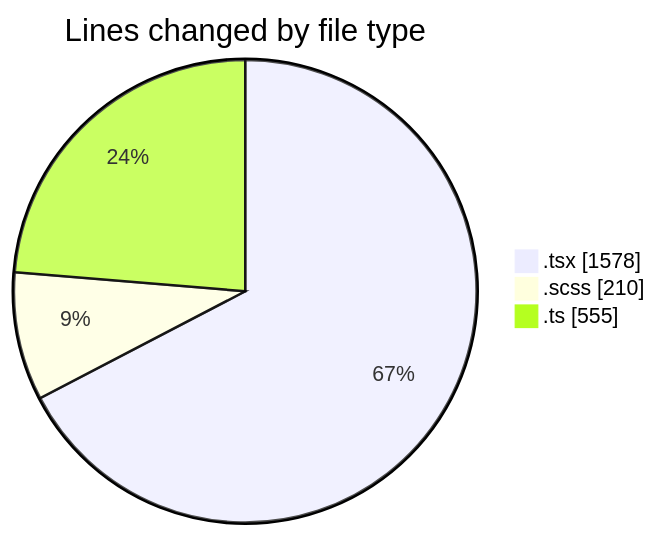
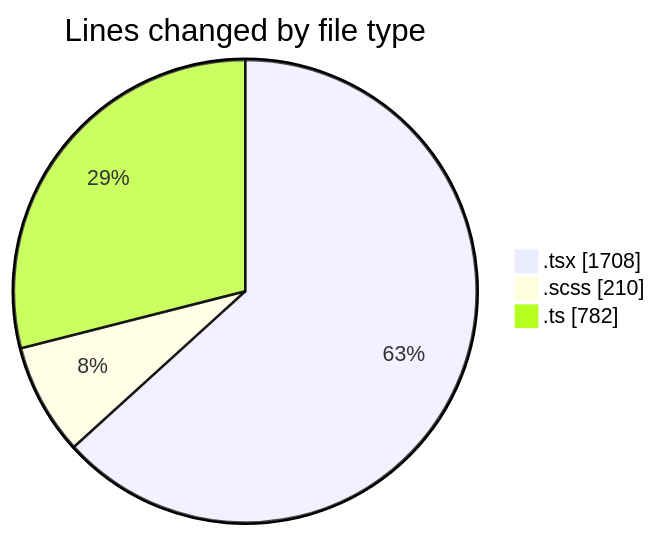
One commit to momahboobian/code-tracking changed the first of 2 diagrams in 2026-05-11/cda/README.md. Above: the diagram before and after it, drawn with Mermaid. The commit also changed other lines of this file and 1 other file, not shown here.

````diff
--- a/2026-05-11/cda/README.md
+++ b/2026-05-11/cda/README.md
@@ -33,7 +36,7 @@
 ```mermaid
 pie showData
 title Lines changed by file type
-".tsx" : 1578
+".tsx" : 1708
 ".scss" : 210
-".ts" : 555
+".ts" : 782
 ```
````
